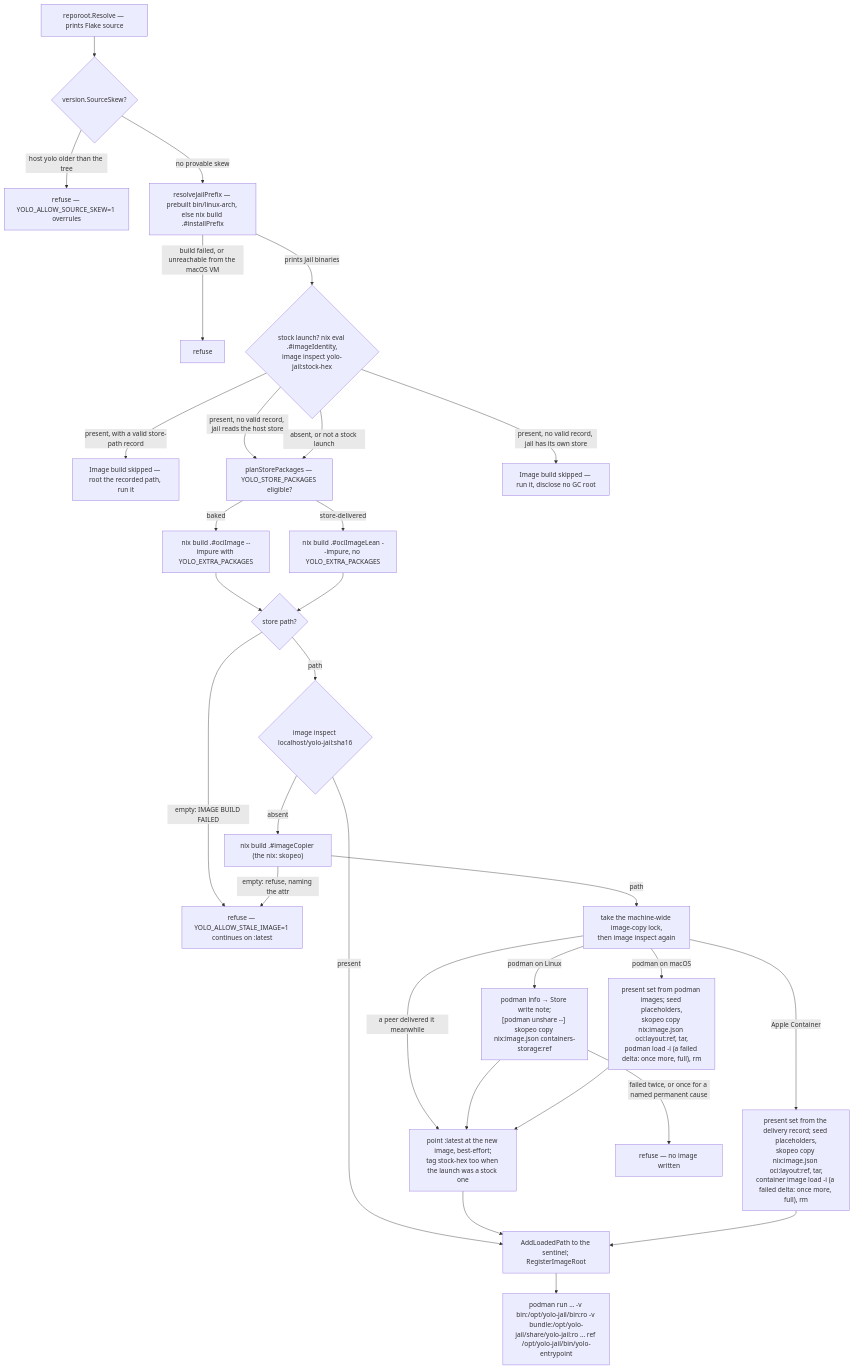
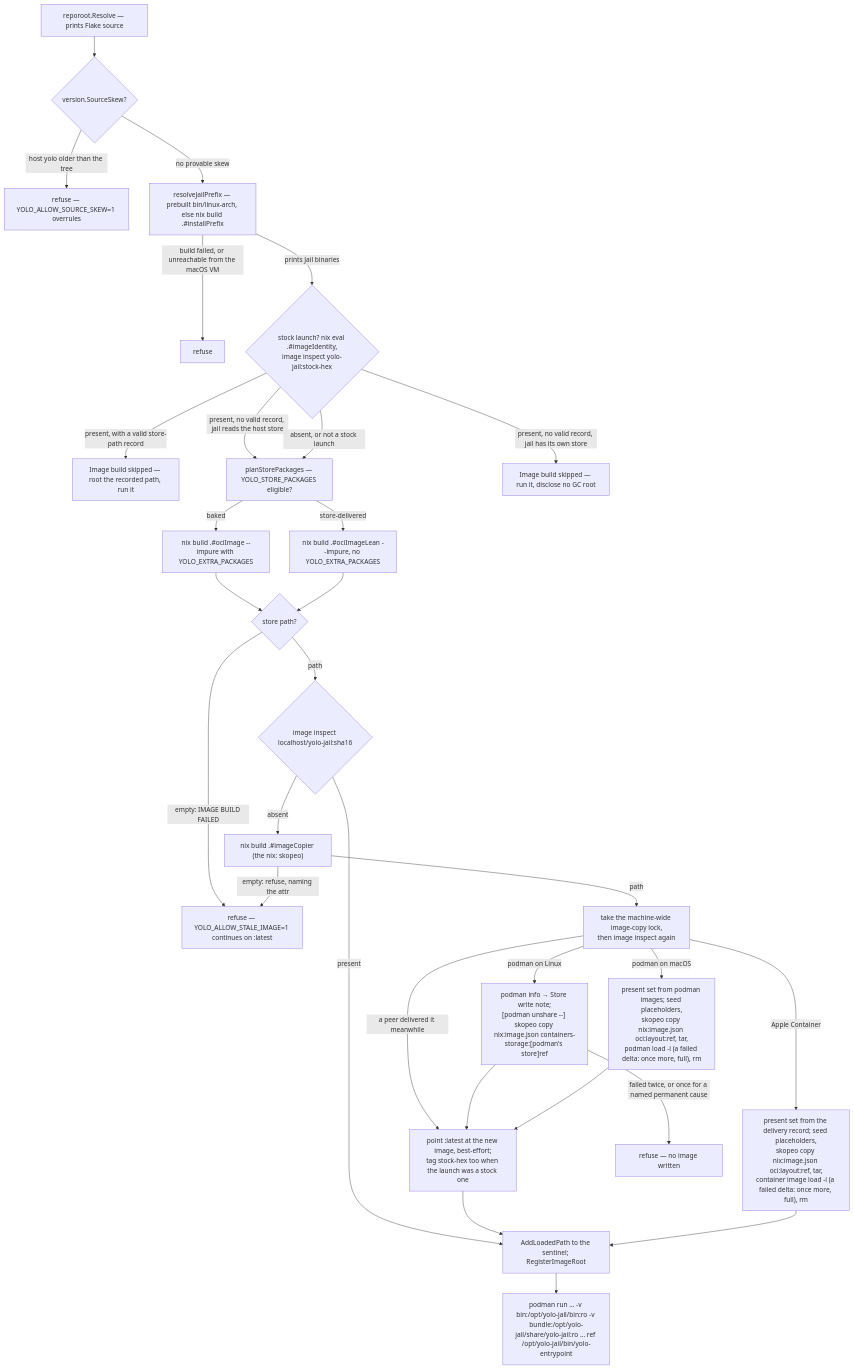
The diagram in docs/reference/image-staging-vs-baking.md (mschulkind-oss/yolo-jail), drawn with Mermaid before and after one commit. The commit also changed other lines of this file and 3 other files, not shown here.

First line of the commit message:
docs: the image copy names podman's store on its destination (#47)

````diff
--- a/docs/reference/image-staging-vs-baking.md
+++ b/docs/reference/image-staging-vs-baking.md
@@ -408,31 +408,31 @@
 ```mermaid
 flowchart TD
     resolve["reporoot.Resolve — prints Flake source"] --> skew{"version.SourceSkew?"}
     skew -->|"host yolo older than the tree"| refuse1["refuse — YOLO_ALLOW_SOURCE_SKEW=1 overrules"]
     skew -->|"no provable skew"| prefix["resolveJailPrefix — prebuilt bin/linux-arch, else nix build .#installPrefix"]
     prefix -->|"build failed, or unreachable from the macOS VM"| refuse2["refuse"]
     prefix -->|"prints Jail binaries"| stock{"stock launch? nix eval .#imageIdentity,<br/>image inspect yolo-jail:stock-hex"}
     stock -->|"present, with a valid store-path record"| runstock["Image build skipped — root the recorded path, run it"]
     stock -->|"present, no valid record, jail reads the host store"| plan
     stock -->|"present, no valid record, jail has its own store"| runbare["Image build skipped — run it, disclose no GC root"]
     stock -->|"absent, or not a stock launch"| plan["planStorePackages — YOLO_STORE_PACKAGES eligible?"]
     plan -->|"baked"| build["nix build .#ociImage --impure with YOLO_EXTRA_PACKAGES"]
     plan -->|"store-delivered"| buildLean["nix build .#ociImageLean --impure, no YOLO_EXTRA_PACKAGES"]
     build --> failed{"store path?"}
     buildLean --> failed
     failed -->|"empty: IMAGE BUILD FAILED"| fatal["refuse — YOLO_ALLOW_STALE_IMAGE=1 continues on :latest"]
     failed -->|"path"| inspect{"image inspect localhost/yolo-jail:sha16"}
     inspect -->|"present"| record["AddLoadedPath to the sentinel; RegisterImageRoot"]
     inspect -->|"absent"| copier["nix build .#imageCopier (the nix: skopeo)"]
     copier -->|"empty: refuse, naming the attr"| fatal
     copier -->|"path"| lock["take the machine-wide image-copy lock,<br/>then image inspect again"]
     lock -->|"a peer delivered it meanwhile"| alias
-    lock -->|"podman on Linux"| copy["podman info → Store write note;<br/>[podman unshare --] skopeo copy nix:image.json containers-storage:ref"]
+    lock -->|"podman on Linux"| copy["podman info → Store write note;<br/>[podman unshare --] skopeo copy nix:image.json containers-storage:[podman's store]ref"]
     lock -->|"Apple Container"| copyoci["present set from the delivery record; seed placeholders,<br/>skopeo copy nix:image.json oci:layout:ref, tar,<br/>container image load -i (a failed delta: once more, full), rm"]
     lock -->|"podman on macOS"| copydock["present set from podman images; seed placeholders,<br/>skopeo copy nix:image.json oci:layout:ref, tar,<br/>podman load -i (a failed delta: once more, full), rm"]
     copy -->|"failed twice, or once for a named permanent cause"| abandon["refuse — no image written"]
     copy --> alias["point :latest at the new image, best-effort;<br/>tag stock-hex too when the launch was a stock one"] --> record
     copydock --> alias
     copyoci --> record
     record --> argv["podman run … -v bin:/opt/yolo-jail/bin:ro -v bundle:/opt/yolo-jail/share/yolo-jail:ro … ref /opt/yolo-jail/bin/yolo-entrypoint"]
 ```
````
